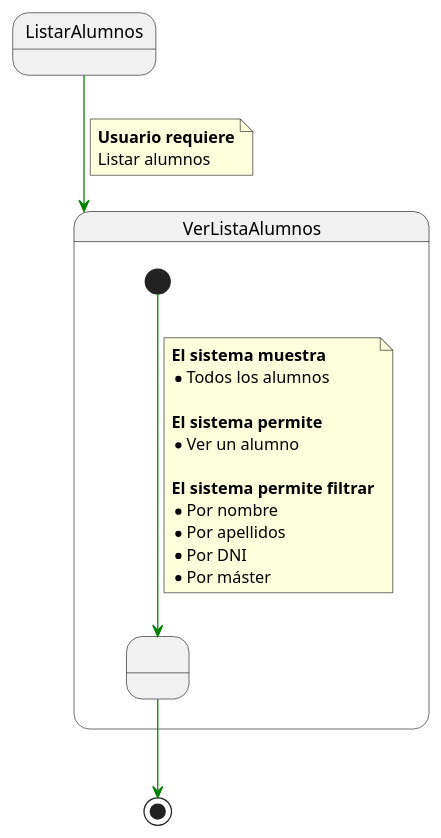
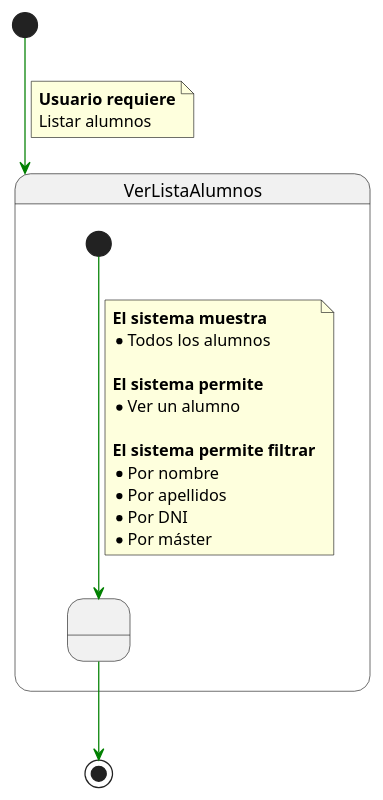
Before and after one commit to mmasias/IdSw1-22-23: the diagram in 000-entregas/Grupo1/DetalleCasosDeUso/ListarAlumnos.puml, drawn with PlantUML.

```diff
--- a/000-entregas/Grupo1/DetalleCasosDeUso/ListarAlumnos.puml
+++ b/000-entregas/Grupo1/DetalleCasosDeUso/ListarAlumnos.puml
@@ -1,38 +1,37 @@
 @startuml ListarAlumnos
 
-State ListarAlumnos
 
 State VerListaAlumnos{ 
 
   State state1 as " "
 
   [*] -[#green]-> state1
 
   note on link 
     <b>El sistema muestra
     * Todos los alumnos
 
     <b>El sistema permite
     * Ver un alumno
 
     <b>El sistema permite filtrar
     * Por nombre
     * Por apellidos
     * Por DNI
     * Por máster 
   end note
  
 
 } 
 
-ListarAlumnos-[#green]-> VerListaAlumnos
+[*]-[#green]-> VerListaAlumnos
 
 note on link
  <b>Usuario requiere
  Listar alumnos
 end note
 
 state1 -[#green]-> [*] 
 
 
 @enduml
```
